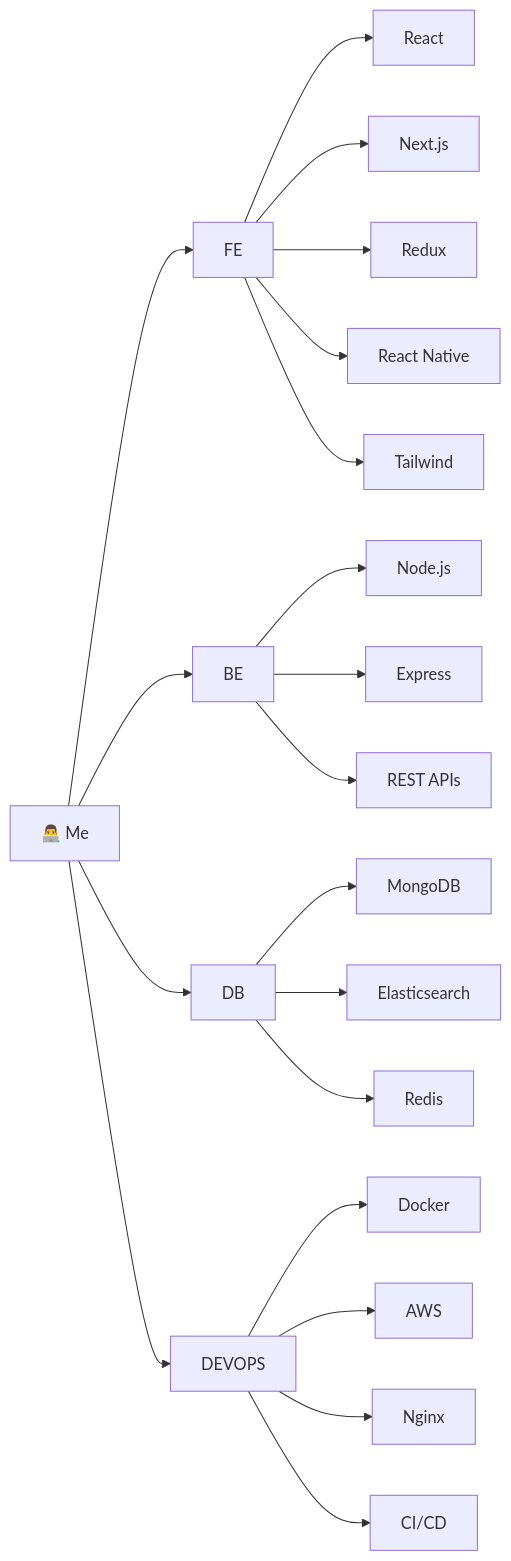
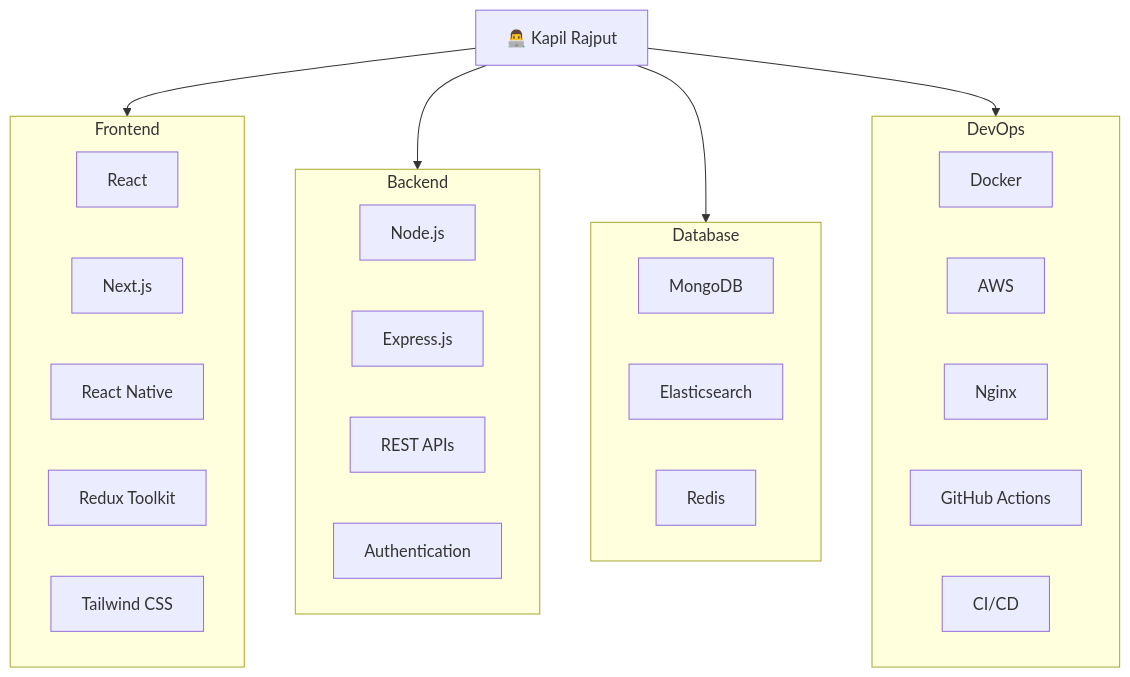
The second of 6 diagrams in public/docs/skills.md (Kapil9711/dev-os), drawn with Mermaid before and after one commit. The commit also changed other lines of this file and 32 other files, not shown here.

````diff
--- a/public/docs/skills.md
+++ b/public/docs/skills.md
@@ -36,29 +44,39 @@
 ```mermaid
-flowchart LR
+flowchart TB
 
-A["👨‍💻 Me"]
+ME["👨‍💻 Kapil Rajput"]
 
-A --> FE
-A --> BE
-A --> DB
-A --> DEVOPS
+ME --> FE
+ME --> BE
+ME --> DB
+ME --> DEVOPS
 
-FE --> React
-FE --> Next["Next.js"]
-FE --> Redux
-FE --> RN["React Native"]
-FE --> Tailwind
+subgraph FE["Frontend"]
+React
+Next["Next.js"]
+RN["React Native"]
+Redux["Redux Toolkit"]
+Tailwind["Tailwind CSS"]
+end
 
-BE --> Node["Node.js"]
-BE --> Express
-BE --> REST["REST APIs"]
+subgraph BE["Backend"]
+Node["Node.js"]
+Express["Express.js"]
+REST["REST APIs"]
+Auth["Authentication"]
+end
 
-DB --> MongoDB
-DB --> Elasticsearch
-DB --> Redis
+subgraph DB["Database"]
+MongoDB
+Elasticsearch
+Redis
+end
 
-DEVOPS --> Docker
-DEVOPS --> AWS
-DEVOPS --> Nginx
-DEVOPS --> CICD["CI/CD"]
+subgraph DEVOPS["DevOps"]
+Docker
+AWS
+Nginx
+GitHub["GitHub Actions"]
+CICD["CI/CD"]
+end
 ```
````
